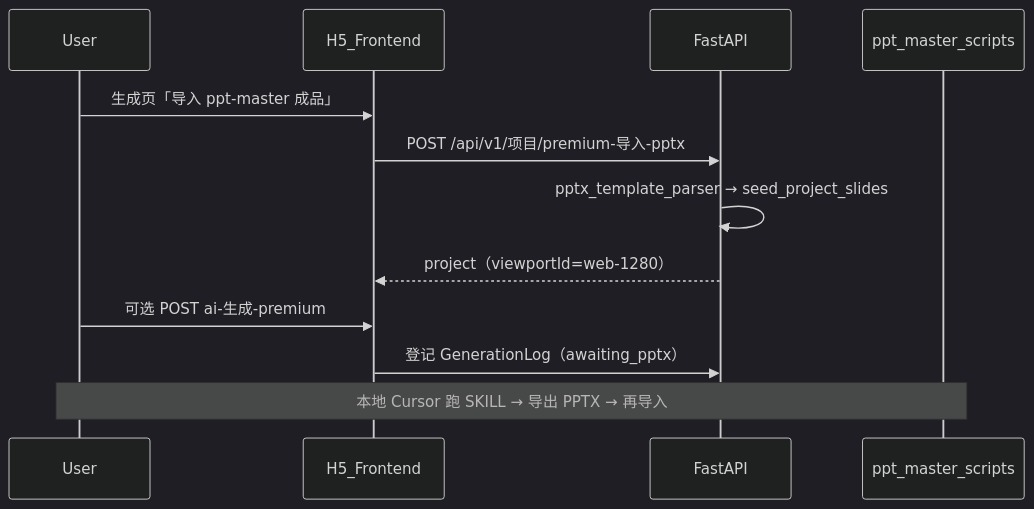
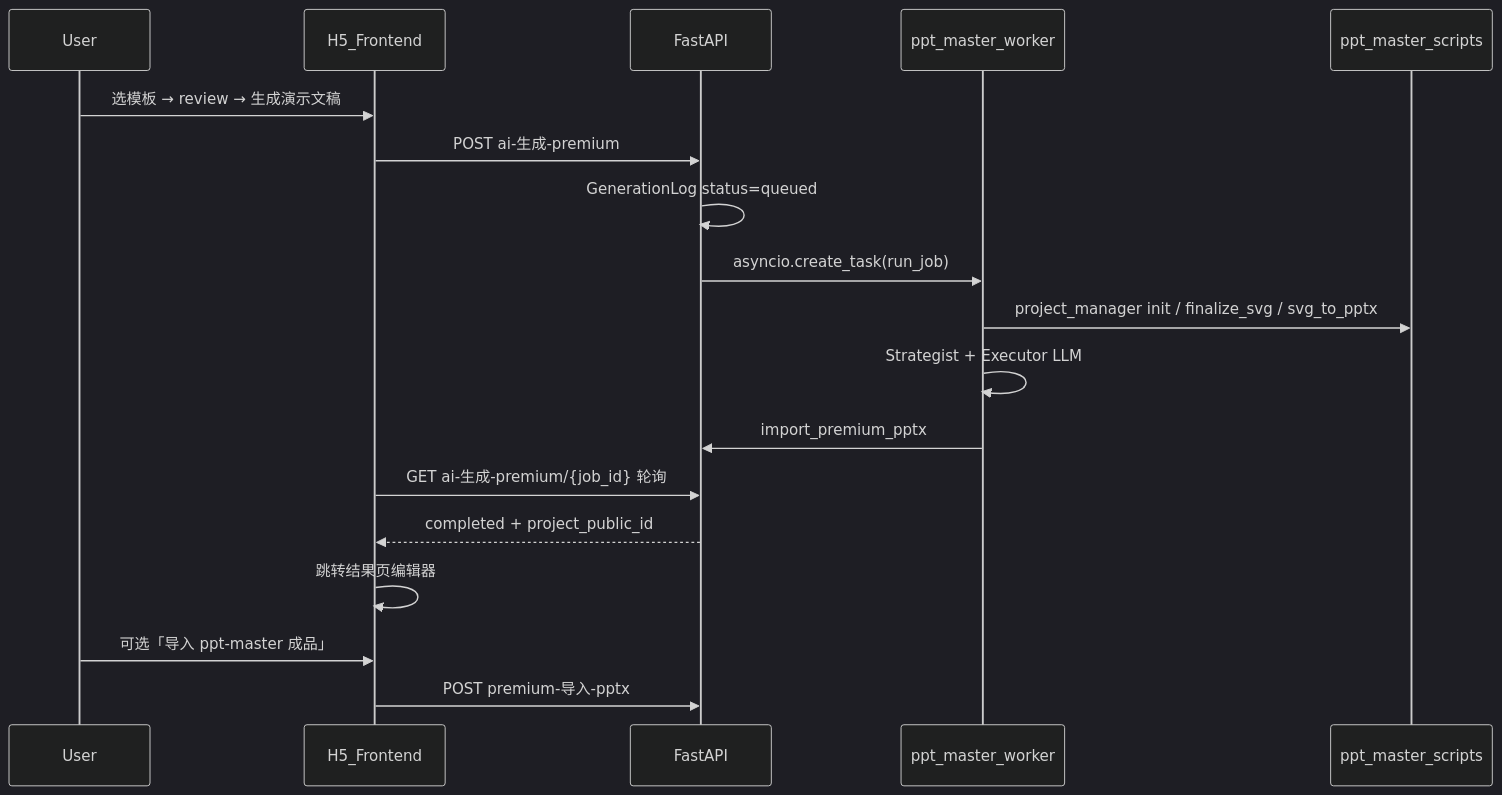
Before and after one commit to Peng525/AI_H5_Platform: the second of 2 diagrams in docs/系统架构.md, drawn with Mermaid (dark theme). The commit also changed other lines of this file and 13694 other files, not shown here.

````diff
--- a/docs/系统架构.md
+++ b/docs/系统架构.md
@@ -79,16 +79,22 @@
 ```mermaid
 sequenceDiagram
   participant User
   participant H5 as H5_Frontend
   participant API as FastAPI
+  participant W as ppt_master_worker
   participant PM as ppt_master_scripts
 
-  User->>H5: 生成页「导入 ppt-master 成品」
-  H5->>API: POST /api/v1/项目/premium-导入-pptx
-  API->>API: pptx_template_parser → seed_project_slides
-  API-->>H5: project（viewportId=web-1280）
+  User->>H5: 选模板 → review → 生成演示文稿
+  H5->>API: POST ai-生成-premium
+  API->>API: GenerationLog status=queued
+  API->>W: asyncio.create_task(run_job)
+  W->>PM: project_manager init / finalize_svg / svg_to_pptx
+  W->>W: Strategist + Executor LLM
+  W->>API: import_premium_pptx
+  H5->>API: GET ai-生成-premium/{job_id} 轮询
+  API-->>H5: completed + project_public_id
+  H5->>H5: 跳转结果页编辑器
 
-  User->>H5: 可选 POST ai-生成-premium
-  H5->>API: 登记 GenerationLog（awaiting_pptx）
-  Note over User,PM: 本地 Cursor 跑 SKILL → 导出 PPTX → 再导入
+  User->>H5: 可选「导入 ppt-master 成品」
+  H5->>API: POST premium-导入-pptx
 ```
````
